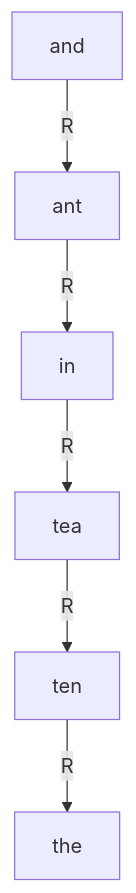
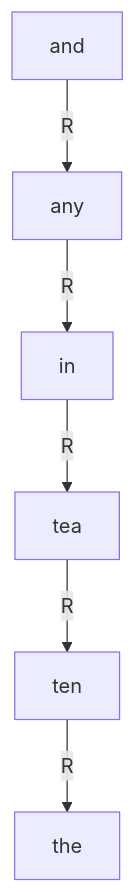
One commit to Myyura/the_kai_project changed the third of 4 diagrams in docs/institute-of-science-tokyo/engineering/ict/2019/ict_201808_S5.md. Above: the diagram before and after it, drawn with Mermaid. The commit also changed other lines of this file and 366 other files, not shown here.

````diff
--- a/docs/institute-of-science-tokyo/engineering/ict/2019/ict_201808_S5.md
+++ b/docs/institute-of-science-tokyo/engineering/ict/2019/ict_201808_S5.md
@@ -73,4 +140,4 @@
 ```mermaid
 flowchart TD
- A[and] -->|R| B[ant] -->|R| C[in] -->|R| D[tea] -->|R| E[ten] -->|R| F[the]
+ A[and] -->|R| B[any] -->|R| C[in] -->|R| D[tea] -->|R| E[ten] -->|R| F[the]
 ```
````
